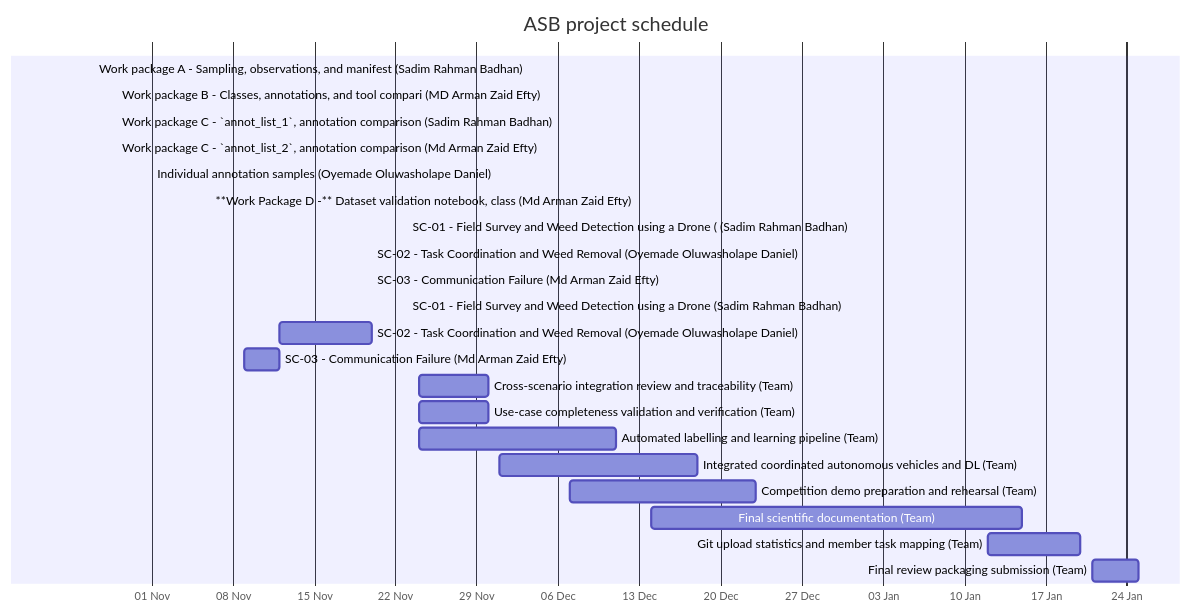
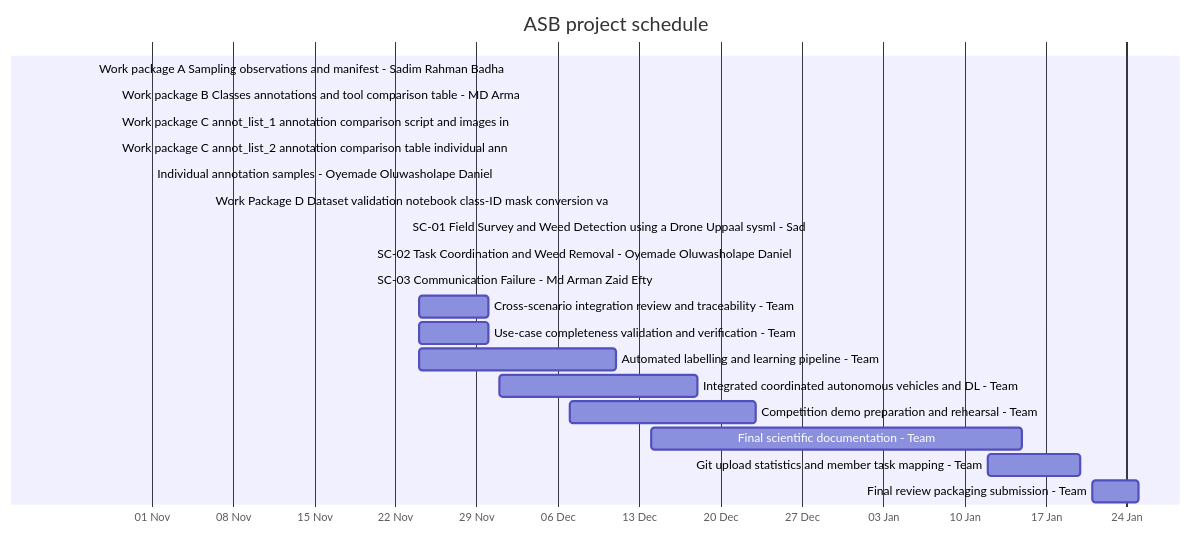
One commit to SamRB-dev/PrecisionFarming changed the diagram in documentation/project_management/GANTT.md. Above: the diagram before and after it, drawn with Mermaid. The commit also changed other lines of this file, not shown here.

Commit message:
chore: refresh project Gantt

````diff
--- a/documentation/project_management/GANTT.md
+++ b/documentation/project_management/GANTT.md
@@ -32,27 +29,24 @@
 ```mermaid
 gantt
     title ASB project schedule
     dateFormat YYYY-MM-DD
     axisFormat %d %b
-    Work package A - Sampling, observations, and manifest (Sadim Rahman Badhan) :done, 2026-10-27, 2026-10-27
-    Work package B - Classes, annotations, and tool compari (MD Arman Zaid Efty) :done, 2026-10-29, 2026-10-29
-    Work package C - `annot_list_1`, annotation comparison  (Sadim Rahman Badhan) :done, 2026-10-29, 2026-10-29
-    Work package C - `annot_list_2`, annotation comparison  (Md Arman Zaid Efty) :done, 2026-10-29, 2026-10-29
-    Individual annotation samples (Oyemade Oluwasholape Daniel) :done, 2026-11-01, 2026-11-01
-    **Work Package D -** Dataset validation notebook, class (Md Arman Zaid Efty) :done, 2026-11-06, 2026-11-06
-    SC-01 - Field Survey and Weed Detection using a Drone ( (Sadim Rahman Badhan) :done, 2026-11-23, 2026-11-23
-    SC-02 - Task Coordination and Weed Removal (Oyemade Oluwasholape Daniel) :done, 2026-11-20, 2026-11-20
-    SC-03 - Communication Failure (Md Arman Zaid Efty) :done, 2026-11-20, 2026-11-20
-    SC-01 - Field Survey and Weed Detection using a Drone (Sadim Rahman Badhan) :2026-11-23, 2026-11-23
-    SC-02 - Task Coordination and Weed Removal (Oyemade Oluwasholape Daniel) :2026-11-12, 2026-11-20
-    SC-03 - Communication Failure (Md Arman Zaid Efty) :2026-11-09, 2026-11-12
-    Cross-scenario integration review and traceability (Team) :2026-11-24, 2026-11-30
-    Use-case completeness validation and verification (Team) :2026-11-24, 2026-11-30
-    Automated labelling and learning pipeline (Team) :2026-11-24, 2026-12-11
-    Integrated coordinated autonomous vehicles and DL (Team) :2026-12-01, 2026-12-18
-    Competition demo preparation and rehearsal (Team) :2026-12-07, 2026-12-23
-    Final scientific documentation (Team) :2026-12-14, 2027-01-15
-    Git upload statistics and member task mapping (Team) :2027-01-12, 2027-01-20
-    Final review packaging submission (Team) :2027-01-21, 2027-01-25
+    Work package A Sampling observations and manifest - Sadim Rahman Badha :done, 2026-10-27, 2026-10-27
+    Work package B Classes annotations and tool comparison table - MD Arma :done, 2026-10-29, 2026-10-29
+    Work package C annot_list_1 annotation comparison script and images in :done, 2026-10-29, 2026-10-29
+    Work package C annot_list_2 annotation comparison table individual ann :done, 2026-10-29, 2026-10-29
+    Individual annotation samples - Oyemade Oluwasholape Daniel :done, 2026-11-01, 2026-11-01
+    Work Package D Dataset validation notebook class-ID mask conversion va :done, 2026-11-06, 2026-11-06
+    SC-01 Field Survey and Weed Detection using a Drone Uppaal sysml - Sad :done, 2026-11-23, 2026-11-23
+    SC-02 Task Coordination and Weed Removal - Oyemade Oluwasholape Daniel :done, 2026-11-20, 2026-11-20
+    SC-03 Communication Failure - Md Arman Zaid Efty :done, 2026-11-20, 2026-11-20
+    Cross-scenario integration review and traceability - Team :2026-11-24, 2026-11-30
+    Use-case completeness validation and verification - Team :2026-11-24, 2026-11-30
+    Automated labelling and learning pipeline - Team :2026-11-24, 2026-12-11
+    Integrated coordinated autonomous vehicles and DL - Team :2026-12-01, 2026-12-18
+    Competition demo preparation and rehearsal - Team :2026-12-07, 2026-12-23
+    Final scientific documentation - Team :2026-12-14, 2027-01-15
+    Git upload statistics and member task mapping - Team :2027-01-12, 2027-01-20
+    Final review packaging submission - Team :2027-01-21, 2027-01-25
 
 ```
````
